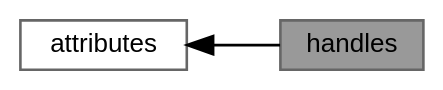
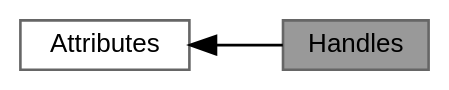
The diagram in dd/d8c/group__handles.dot (ekmett/ein), drawn with Graphviz before and after one commit. The commit also changed 196 other files, not shown here.

```diff
--- a/dd/d8c/group__handles.dot
+++ b/dd/d8c/group__handles.dot
@@ -1,11 +1,11 @@
-digraph "handles"
+digraph "Handles"
 {
  // LATEX_PDF_SIZE
   bgcolor="transparent";
   edge [fontname=Helvetica,fontsize=10,labelfontname=Helvetica,labelfontsize=10];
   node [fontname=Helvetica,fontsize=10,shape=box,height=0.2,width=0.4];
   rankdir=LR;
-  Node2 [id="Node000002",label="attributes",height=0.2,width=0.4,color="grey40", fillcolor="white", style="filled",URL="$d4/d86/group__attributes.html",tooltip="macros used to provide useful attributes"];
-  Node1 [id="Node000001",label="handles",height=0.2,width=0.4,color="gray40", fillcolor="grey60", style="filled", fontcolor="black",tooltip=" "];
+  Node2 [id="Node000002",label="Attributes",height=0.2,width=0.4,color="grey40", fillcolor="white", style="filled",URL="$d4/d86/group__attributes.html",tooltip="macros used to provide useful attributes"];
+  Node1 [id="Node000001",label="Handles",height=0.2,width=0.4,color="gray40", fillcolor="grey60", style="filled", fontcolor="black",tooltip=" "];
   Node2->Node1 [shape=plaintext, dir="back", style="solid"];
 }
```
